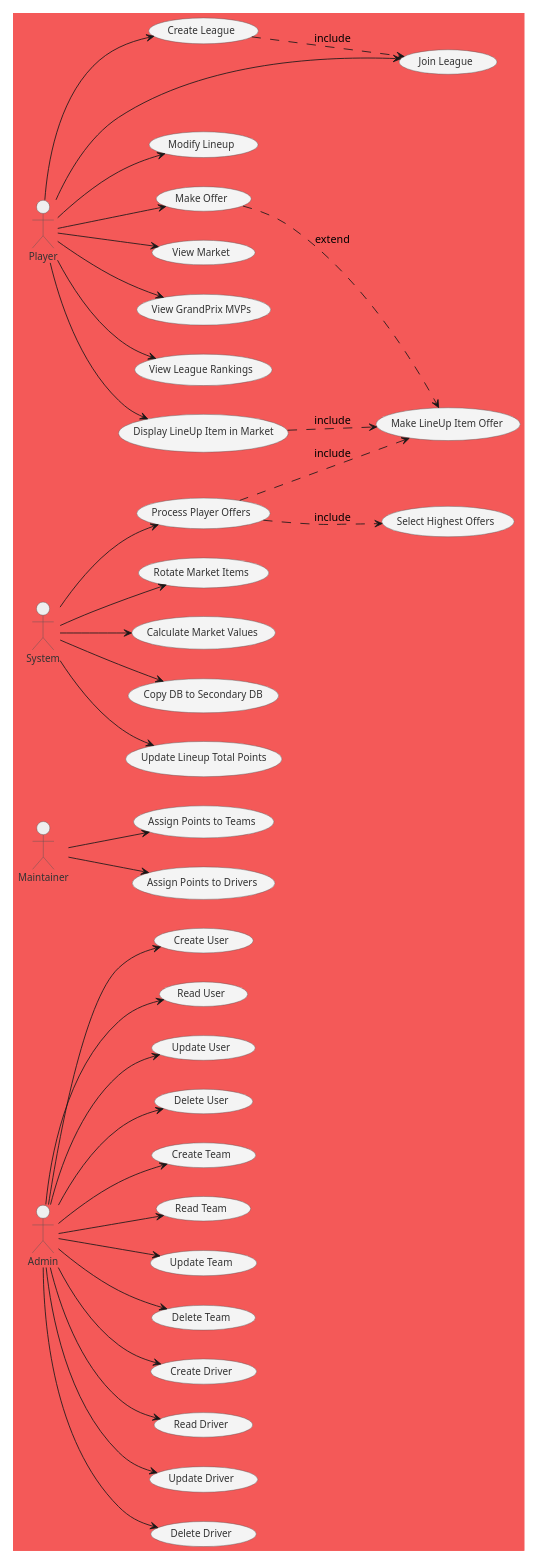
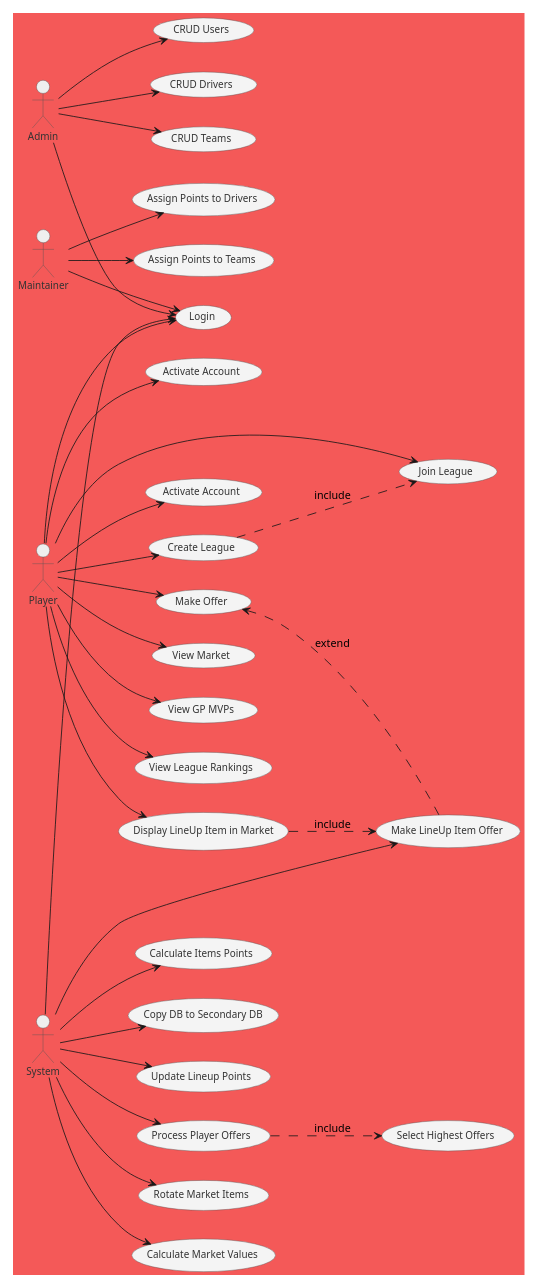
The third of 3 diagrams in README.md (LermaOmar/F1Hub), drawn with PlantUML before and after one commit. The commit also changed other lines of this file, not shown here.

````diff
--- a/README.md
+++ b/README.md
@@ -420,37 +420,21 @@
 actor Player
 actor System
 
+usecase "Login"       as Login
+
 ' --------------------------------------------------------
 ' ADMIN
 ' --------------------------------------------------------
-usecase "Create User"    as CU1
-usecase "Read User"      as RU1
-usecase "Update User"    as UU1
-usecase "Delete User"    as DU1
-Admin --> CU1
-Admin --> RU1
-Admin --> UU1
-Admin --> DU1
+usecase "CRUD Users"    as CRUD1
+usecase "CRUD Drivers"  as CRUD2
+usecase "CRUD Teams"    as CRUD3
 
 
-usecase "Create Team"    as CT1
-usecase "Read Team"      as RT1
-usecase "Update Team"    as UT1
-usecase "Delete Team"    as DT1
-Admin --> CT1
-Admin --> RT1
-Admin --> UT1
-Admin --> DT1
+Admin --> CRUD1
+Admin --> CRUD2
+Admin --> CRUD3
+Admin --> Login
 
-
-usecase "Create Driver"  as CD1
-usecase "Read Driver"    as RD1
-usecase "Update Driver"  as UD1
-usecase "Delete Driver"  as DD1
-Admin --> CD1
-Admin --> RD1
-Admin --> UD1
-Admin --> DD1
 
 ' --------------------------------------------------------
 ' MANTAINER
@@ -459,18 +443,20 @@
 usecase "Assign Points to Drivers"  as UC5
 Maintainer --> UC4
 Maintainer --> UC5
+Maintainer --> Login
 
 ' --------------------------------------------------------
 ' PLAYER
 ' --------------------------------------------------------
 usecase "Create League"                   as UC6
 usecase "Join League"                     as UC7
-usecase "Modify Lineup"                   as UC8
+usecase "Activate Account"                   as UC8
 usecase "Make Offer"                      as UC9
 usecase "View Market"                     as UC10
-usecase "View GrandPrix MVPs"             as UC11
+usecase "View GP MVPs"             as UC11
 usecase "View League Rankings"            as UC12
 usecase "Display LineUp Item in Market"   as UC13
+usecase "Activate Account"   as ActivateAccount
 
 Player --> UC6
 Player --> UC7
@@ -480,36 +466,40 @@
 Player --> UC11
 Player --> UC12
 Player --> UC13
+Player --> ActivateAccount
+Player --> Login
 
 UC6 ..> UC7 : «include»
 
 
 usecase "Process Player Offers"      as UC16
-
 usecase "Select Highest Offers"      as UC19
 usecase "Make LineUp Item Offer"     as UC20
 UC16 ..> UC19 : «include»
-UC16 ..> UC20 : «include»
 
 
 UC13 ..> UC20 : «include»
+
 
 ' --------------------------------------------------------
 ' SYSTEM
 ' --------------------------------------------------------
 usecase "Rotate Market Items"        as UC14
 usecase "Calculate Market Values"    as UC15
+usecase "Calculate Items Points"    as ItemPoints
 usecase "Copy DB to Secondary DB"    as UC17
-usecase "Update Lineup Total Points" as UC18
+usecase "Update Lineup Points" as UC18
 
 System --> UC14
 System --> UC15
 System --> UC16
 System --> UC17
 System --> UC18
+System --> ItemPoints
+System --> Login
+System --> UC20
 
-
-UC9 ..> UC20 : «extend»
+UC9 <.. UC20 : «extend»
 
 @enduml
 ```
````
